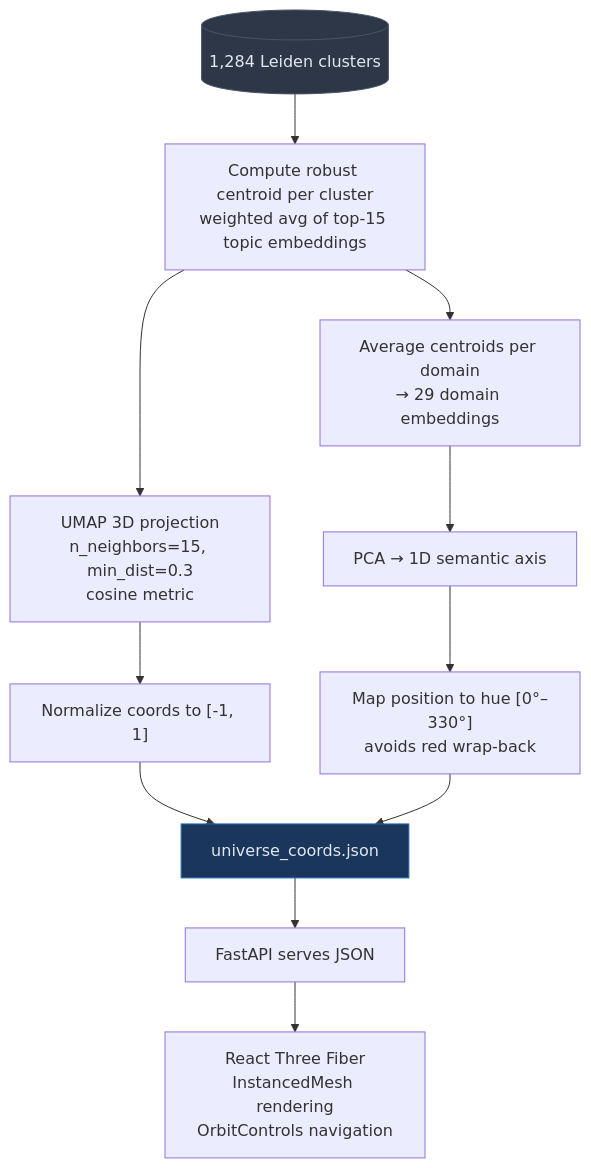
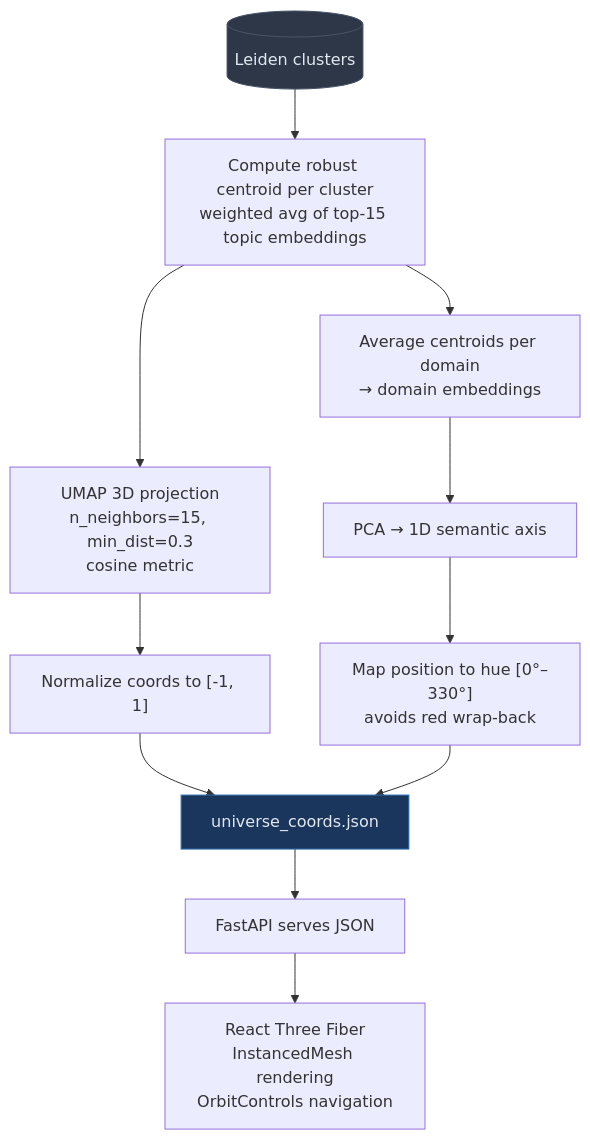
Before and after one commit to seaberger/libtrails: the fourth of 5 diagrams in README.md, drawn with Mermaid. The commit also changed other lines of this file, not shown here.

````diff
--- a/README.md
+++ b/README.md
@@ -175,19 +184,19 @@
 ```mermaid
 flowchart TD
-    A[(1,284 Leiden clusters)] --> B[Compute robust centroid per cluster<br/>weighted avg of top-15 topic embeddings]
+    A[(Leiden clusters)] --> B[Compute robust centroid per cluster<br/>weighted avg of top-15 topic embeddings]
     B --> C[UMAP 3D projection<br/>n_neighbors=15, min_dist=0.3<br/>cosine metric]
     C --> D["Normalize coords to [-1, 1]"]
 
-    B --> E[Average centroids per domain<br/>→ 29 domain embeddings]
+    B --> E[Average centroids per domain<br/>→ domain embeddings]
     E --> F[PCA → 1D semantic axis]
     F --> G["Map position to hue [0°–330°]<br/>avoids red wrap-back"]
 
     D --> H[universe_coords.json]
     G --> H
 
     H --> I[FastAPI serves JSON]
     I --> J[React Three Fiber<br/>InstancedMesh rendering<br/>OrbitControls navigation]
 
     style A fill:#2d3748,stroke:#4a5568,color:#e2e8f0
     style H fill:#1a365d,stroke:#2b6cb0,color:#e2e8f0
 ```
````
